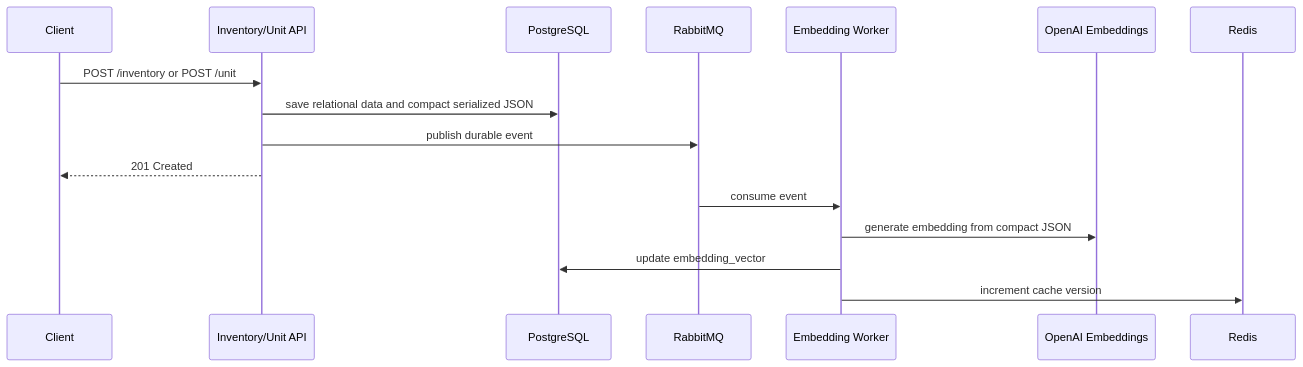
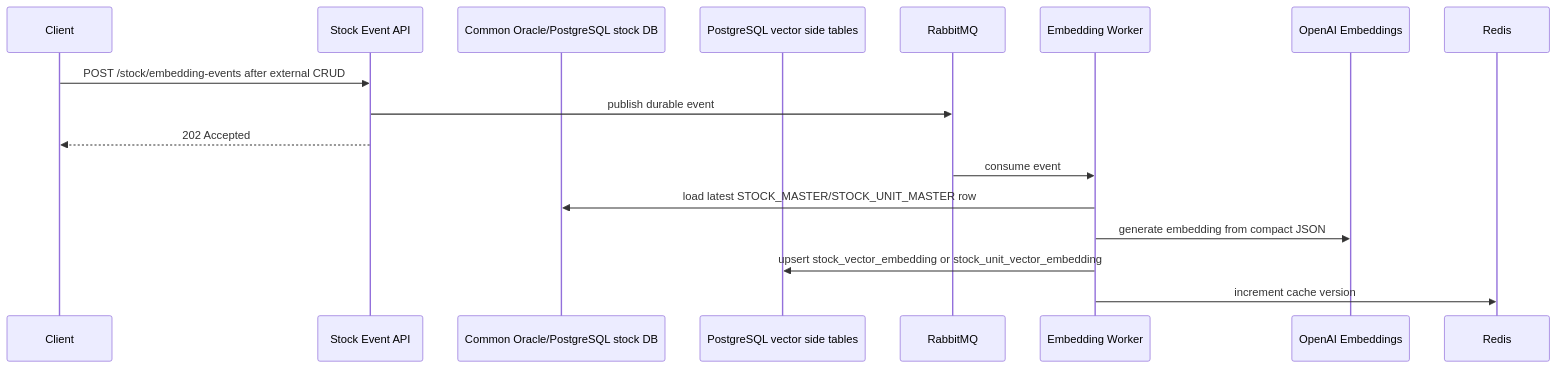
The third of 3 diagrams in docs/architecture.md (edbrix-school/asg_aiusecase), drawn with Mermaid before and after one commit. The commit also changed other lines of this file and 44 other files, not shown here.

First line of the commit message:
Migrate to stock terminology and add vector storage

````diff
--- a/docs/architecture.md
+++ b/docs/architecture.md
@@ -66,19 +66,20 @@
 ```mermaid
 sequenceDiagram
     participant C as Client
-    participant API as Inventory/Unit API
-    participant DB as PostgreSQL
+    participant API as Stock Event API
+    participant DB as Common Oracle/PostgreSQL stock DB
+    participant VDB as PostgreSQL vector side tables
     participant MQ as RabbitMQ
     participant W as Embedding Worker
     participant AI as OpenAI Embeddings
     participant R as Redis
 
-    C->>API: POST /inventory or POST /unit
-    API->>DB: save relational data and compact serialized JSON
+    C->>API: POST /stock/embedding-events after external CRUD
     API->>MQ: publish durable event
-    API-->>C: 201 Created
+    API-->>C: 202 Accepted
     MQ->>W: consume event
+    W->>DB: load latest STOCK_MASTER/STOCK_UNIT_MASTER row
     W->>AI: generate embedding from compact JSON
-    W->>DB: update embedding_vector
+    W->>VDB: upsert stock_vector_embedding or stock_unit_vector_embedding
     W->>R: increment cache version
 ```
````
